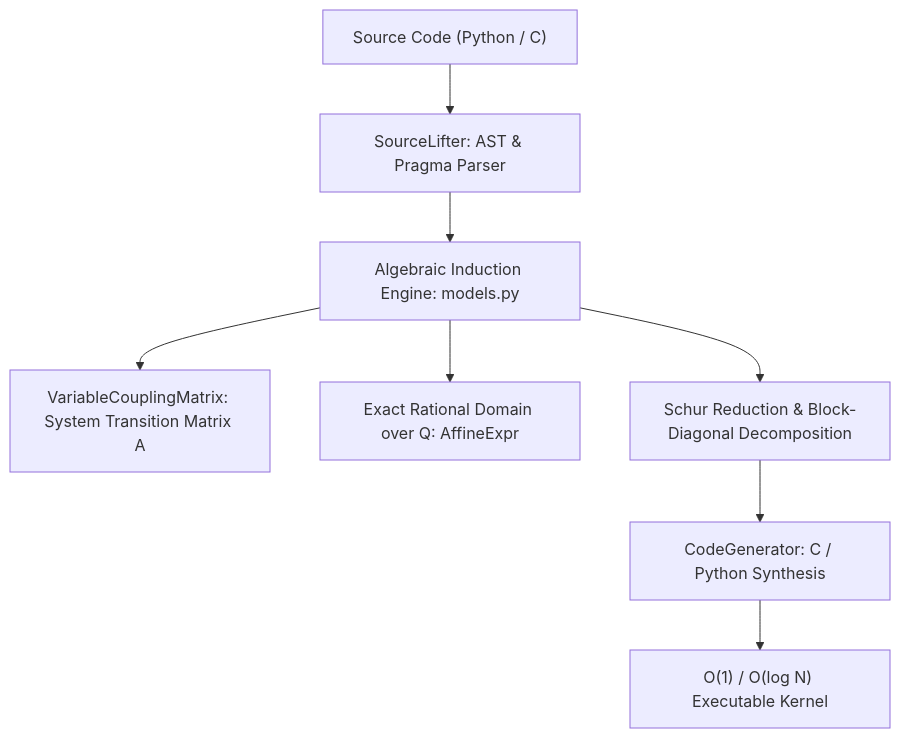
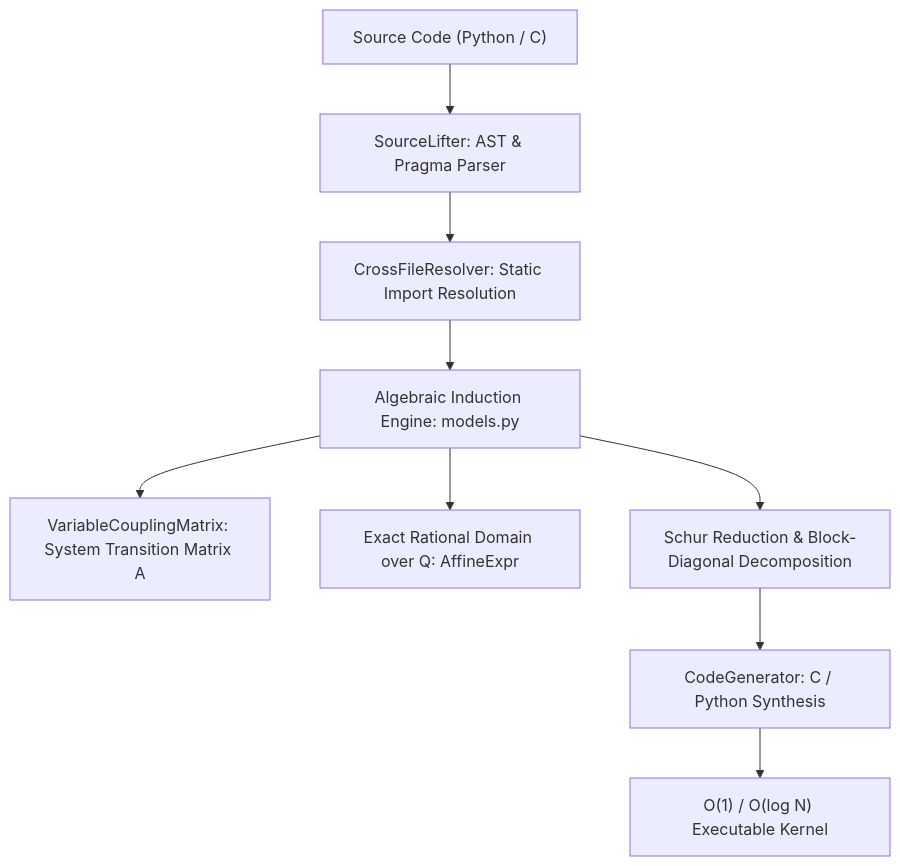
The diagram in README.md (asama7706r-ui/strilight), drawn with Mermaid before and after one commit. The commit also changed other lines of this file and 106 other files, not shown here.

````diff
--- a/README.md
+++ b/README.md
@@ -82,10 +109,11 @@
 ```mermaid
 flowchart TD
     SRC["Source Code (Python / C)"] --> LIFTER["SourceLifter: AST & Pragma Parser"]
-    LIFTER --> VSA["Algebraic Induction Engine: models.py"]
+    LIFTER --> RESOLV["CrossFileResolver: Static Import Resolution"]
+    RESOLV --> VSA["Algebraic Induction Engine: models.py"]
     VSA --> MATRIX["VariableCouplingMatrix: System Transition Matrix A"]
     VSA --> QFIELD["Exact Rational Domain over Q: AffineExpr"]
+    REDUCE --> CODEGEN["CodeGenerator: C / Python Synthesis"]
     VSA --> REDUCE["Schur Reduction & Block-Diagonal Decomposition"]
-    REDUCE --> CODEGEN["CodeGenerator: C / Python Synthesis"]
     CODEGEN --> OUT["O(1) / O(log N) Executable Kernel"]
 ```
````
